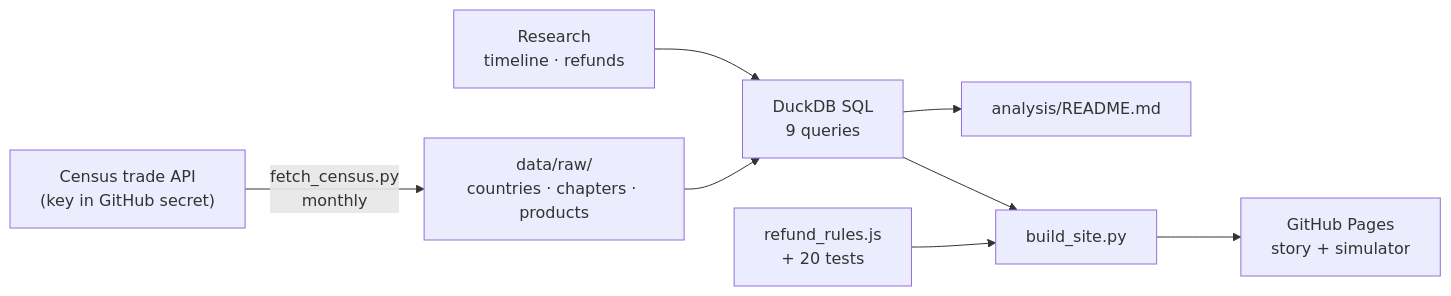
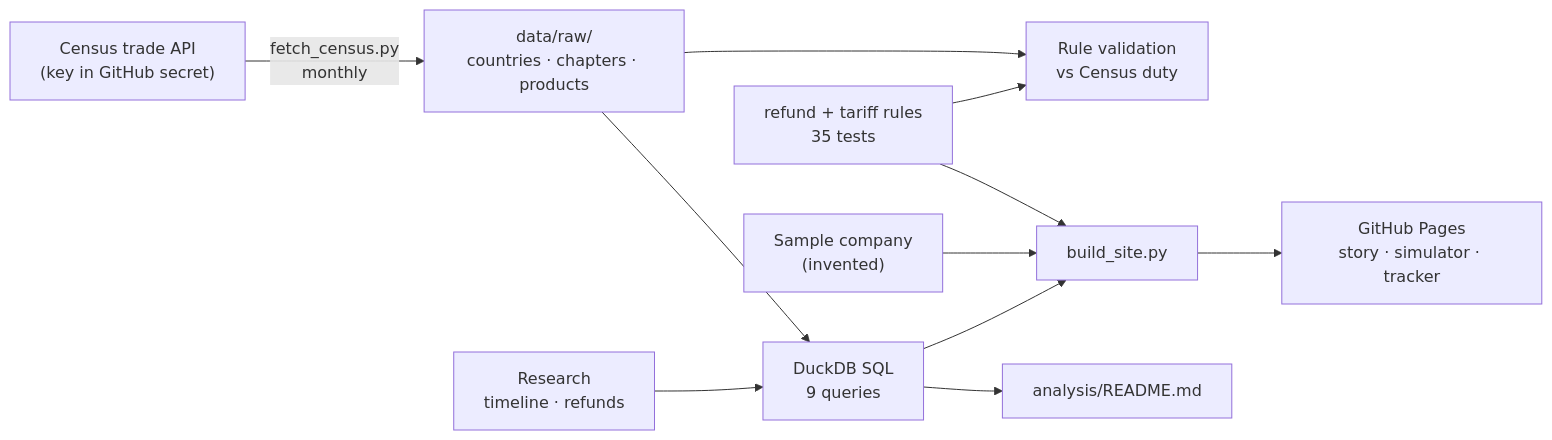
One commit to Shre0027/tariff-whiplash changed the diagram in README.md. Above: the diagram before and after it, drawn with Mermaid. The commit also changed other lines of this file and 13 other files, not shown here.

First line of the commit message:
Tracker UAT (15/15), traceability, decision log, accessibility fixes, links from story and README

````diff
--- a/README.md
+++ b/README.md
@@ -31,10 +34,13 @@
 ```mermaid
 flowchart LR
     A["Census trade API<br/>(key in GitHub secret)"] -->|fetch_census.py<br/>monthly| B["data/raw/<br/>countries · chapters · products"]
     R["Research<br/>timeline · refunds"] --> C
     B --> C["DuckDB SQL<br/>9 queries"]
     C --> D["analysis/README.md"]
     C --> E["build_site.py"]
-    T["refund_rules.js<br/>+ 20 tests"] --> E
-    E --> F["GitHub Pages<br/>story + simulator"]
+    T["refund + tariff rules<br/>35 tests"] --> E
+    B --> V["Rule validation<br/>vs Census duty"]
+    T --> V
+    S["Sample company<br/>(invented)"] --> E
+    E --> F["GitHub Pages<br/>story · simulator · tracker"]
 ```
````
